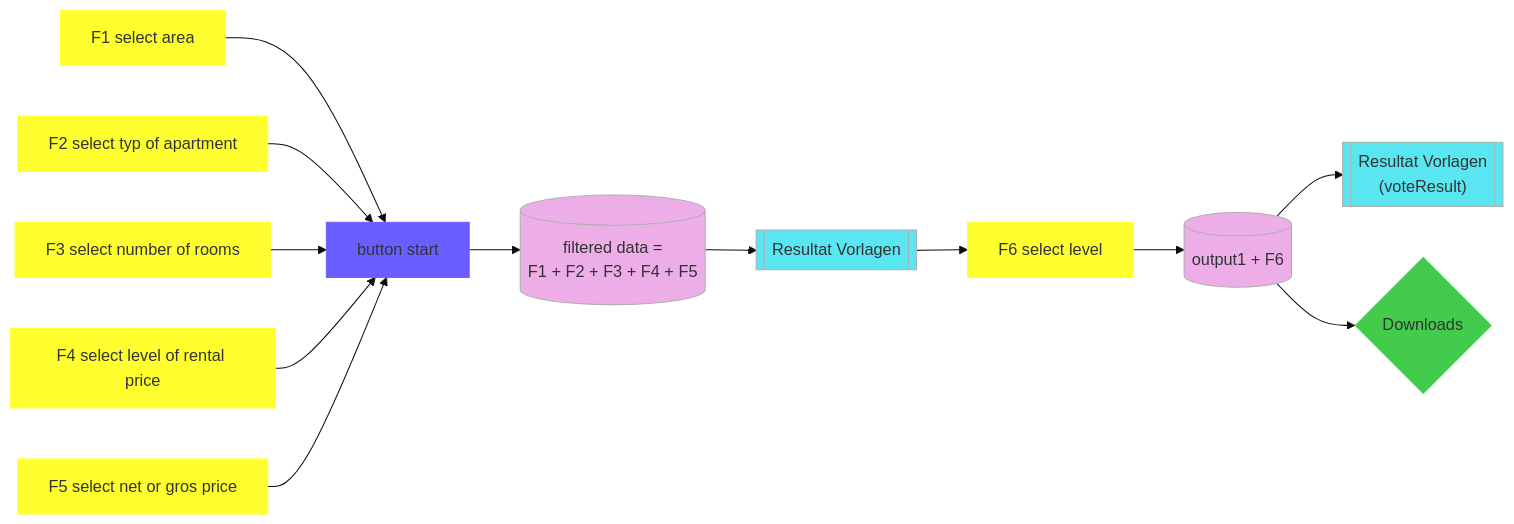
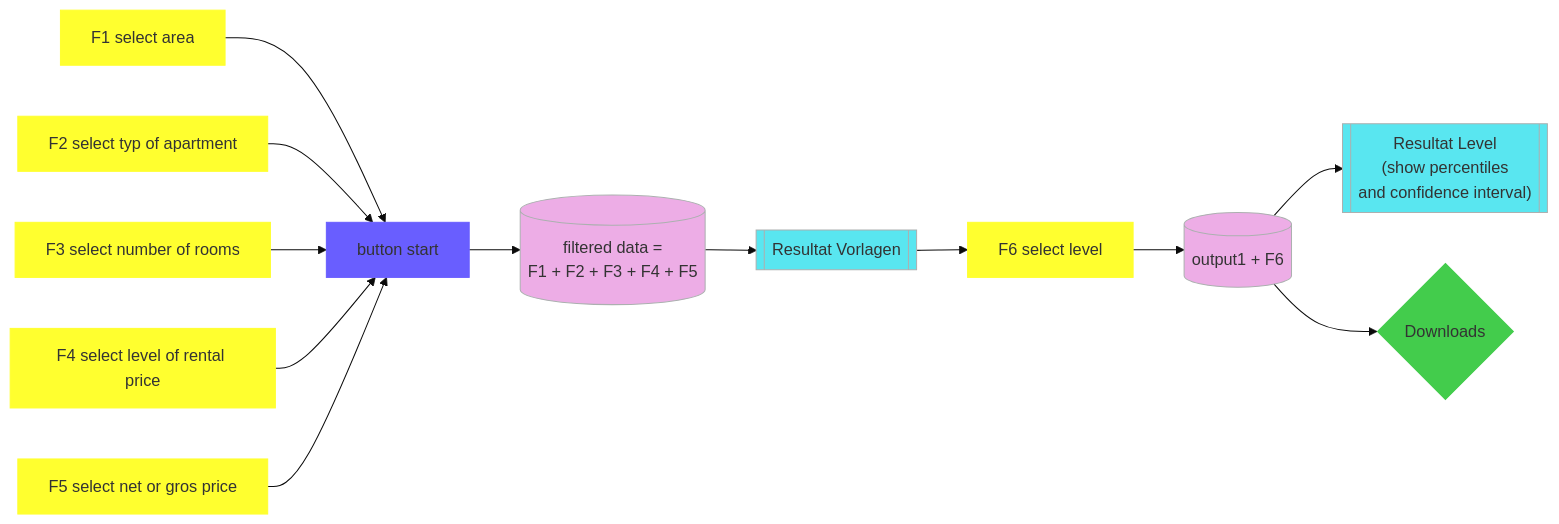
Before and after one commit to StatistikStadtZuerich/MPE-Tool: the diagram in README.md, drawn with Mermaid (base theme).

````diff
--- a/README.md
+++ b/README.md
@@ -7,20 +7,20 @@
 ```mermaid
 flowchart LR;
   f1[F1 select area]:::filter --> button[button start]:::button
   f2[F2 select typ of apartment]:::filter --> button
   f3[F3 select number of rooms]:::filter --> button
   f4[F4 select level of rental price]:::filter --> button
   f5[F5 select net or gros price]:::filter --> button
   button --> output1[(filtered data = \nF1 + F2 + F3 + F4 + F5)]:::data
   output1 --> results1[[Resultat Vorlagen]]:::result
   results1 --> f6[F6 select level]:::filter
   f6 --> output2[(output1 + F6)]:::data
-  output2 --> results2[["Resultat Vorlagen \n(voteResult)"]]:::result
+  output2 --> results2[["Resultat Level \n(show percentiles \nand confidence interval)"]]:::result
   output2 --> downloads{Downloads}:::download
   
   classDef filter fill:#ffff2f,stroke:#ffff2f;
   classDef button fill:#695eff,stroke:#695eff;
   classDef data fill:#edade6,stroke:#acb0b0;
   classDef result fill:#59e6f0,stroke:#acb0b0;
   classDef download fill:#43cc4c,stroke:#43cc4c;
 ```
````
